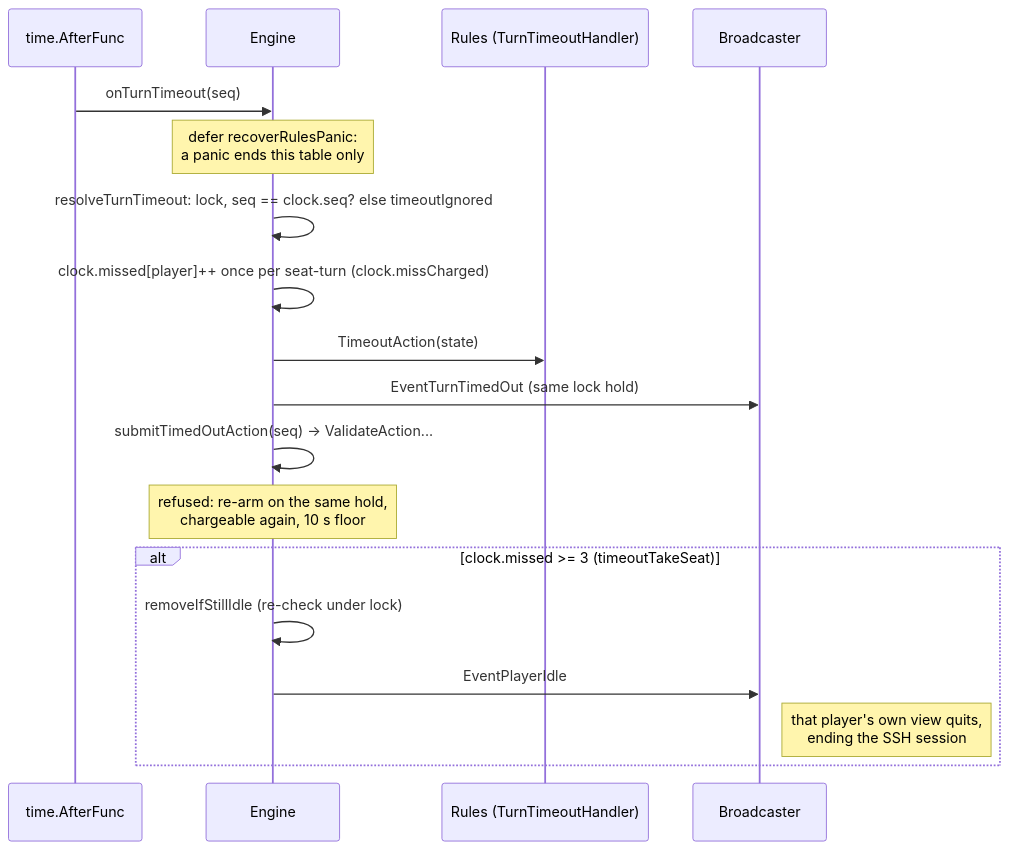
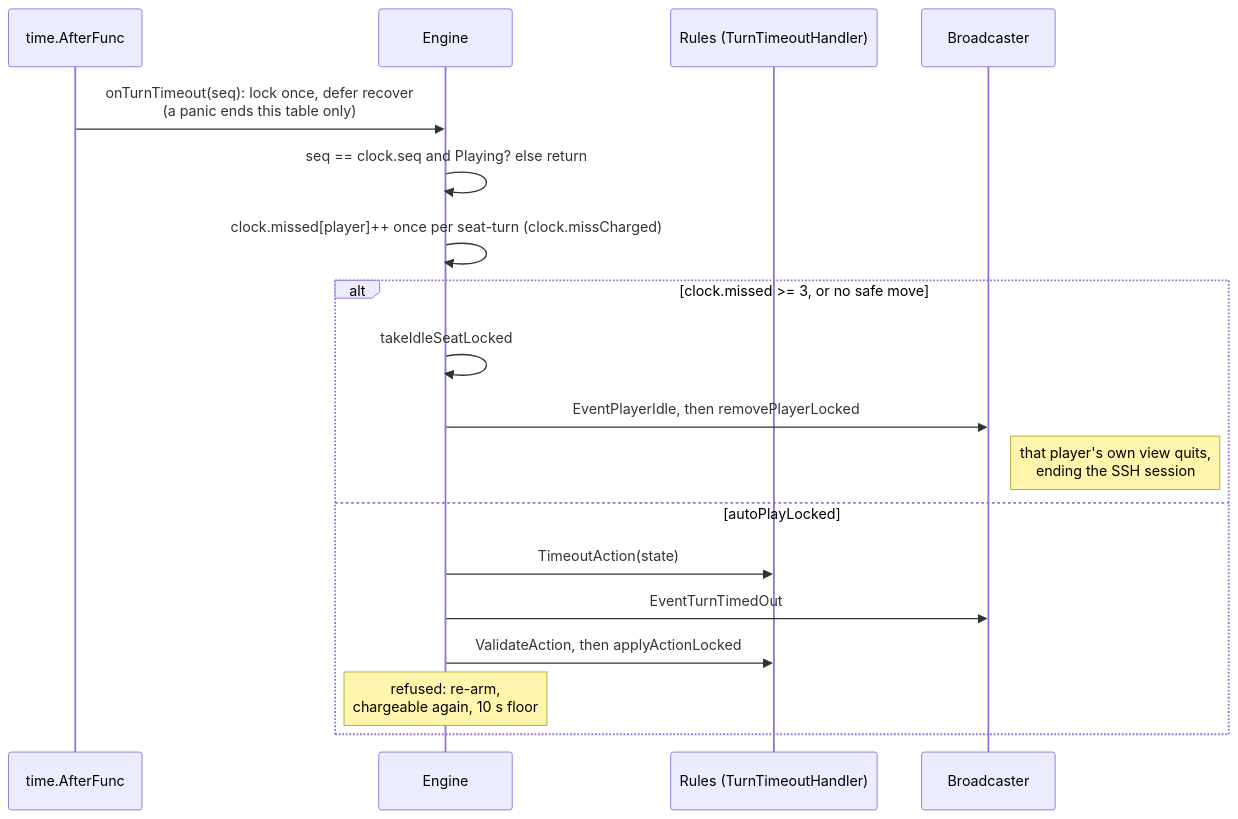
The sixth of 11 diagrams in docs/codebase-map.md (Pieczasz/tty-cards), drawn with Mermaid before and after one commit. The commit also changed 9 other files, not shown here.

Commit message:
refactor(game): settle an expired turn in one lock hold

````diff
--- a/docs/codebase-map.md
+++ b/docs/codebase-map.md
@@ -270,21 +270,21 @@
 ```mermaid
 sequenceDiagram
     participant Tm as time.AfterFunc
     participant E as Engine
     participant Ru as Rules (TurnTimeoutHandler)
     participant Bc as Broadcaster
 
-    Tm->>E: onTurnTimeout(seq)
-    Note over E: defer recoverRulesPanic:<br/>a panic ends this table only
-    E->>E: resolveTurnTimeout: lock, seq == clock.seq? else timeoutIgnored
+    Tm->>E: onTurnTimeout(seq): lock once, defer recover<br/>(a panic ends this table only)
+    E->>E: seq == clock.seq and Playing? else return
     E->>E: clock.missed[player]++ once per seat-turn (clock.missCharged)
-    E->>Ru: TimeoutAction(state)
-    E->>Bc: EventTurnTimedOut (same lock hold)
-    E->>E: submitTimedOutAction(seq) -> ValidateAction...
-    Note over E: refused: re-arm on the same hold,<br/>chargeable again, 10 s floor
-    alt clock.missed >= 3 (timeoutTakeSeat)
-        E->>E: removeIfStillIdle (re-check under lock)
-        E->>Bc: EventPlayerIdle
+    alt clock.missed >= 3, or no safe move
+        E->>E: takeIdleSeatLocked
+        E->>Bc: EventPlayerIdle, then removePlayerLocked
         Note right of Bc: that player's own view quits,<br/>ending the SSH session
+    else autoPlayLocked
+        E->>Ru: TimeoutAction(state)
+        E->>Bc: EventTurnTimedOut
+        E->>Ru: ValidateAction, then applyActionLocked
+        Note over E: refused: re-arm,<br/>chargeable again, 10 s floor
     end
 ```
````
